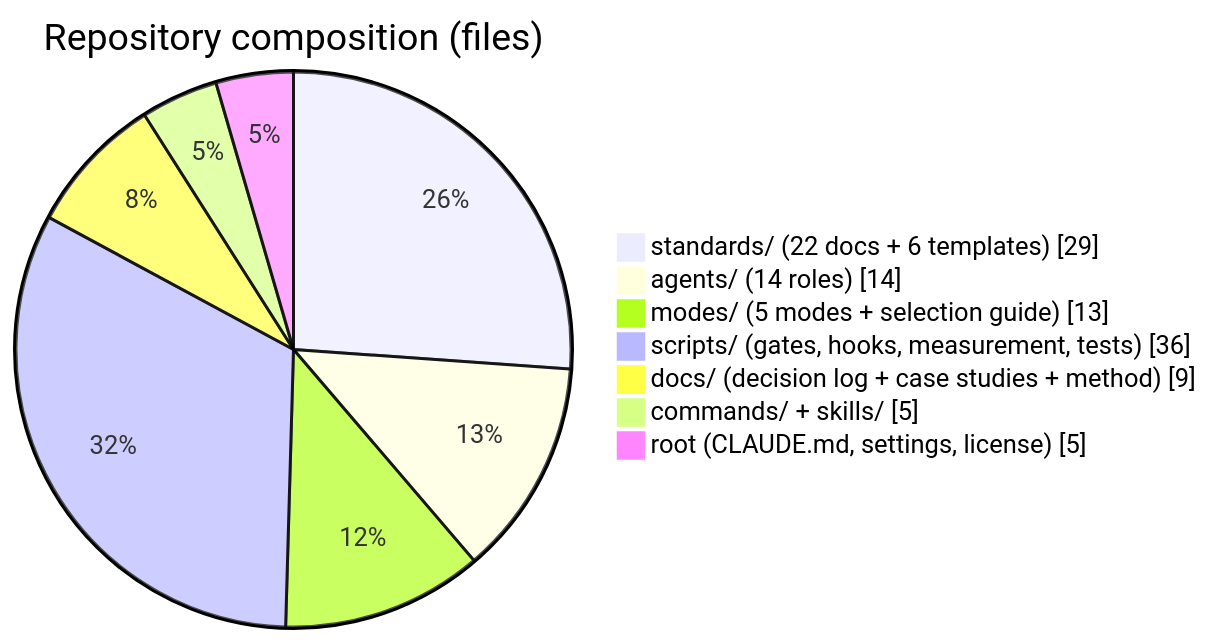
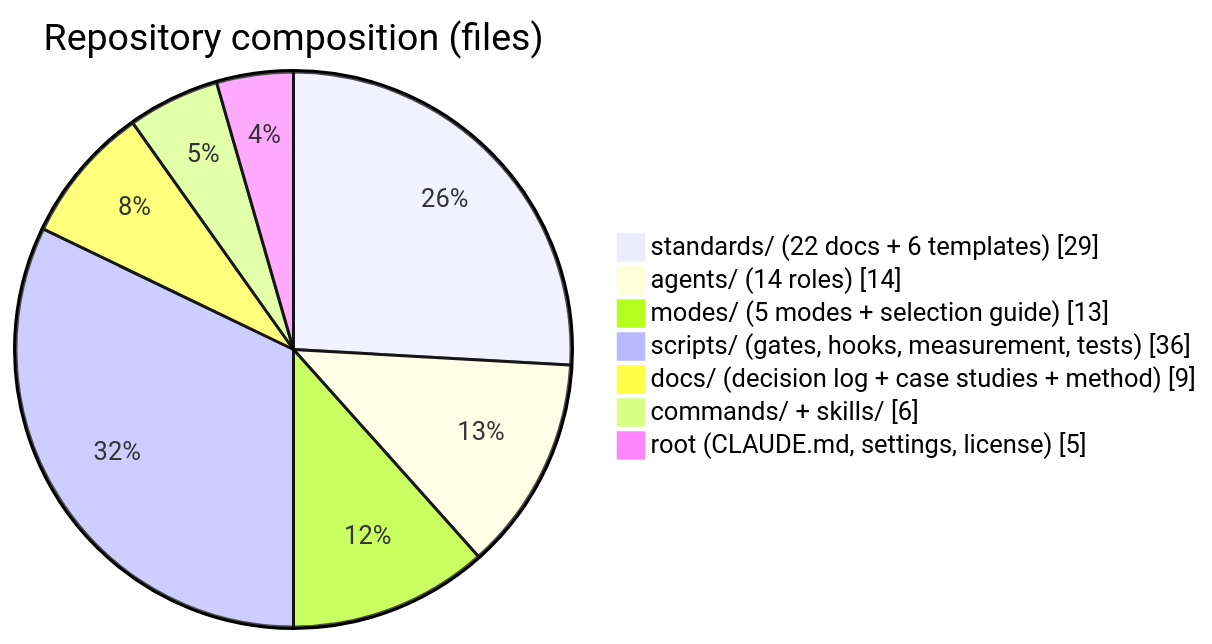
One commit to adyusuf/claude-code-standards changed the second of 4 diagrams in README.md. Above: the diagram before and after it, drawn with Mermaid. The commit also changed other lines of this file and 8 other files, not shown here.

````diff
--- a/README.md
+++ b/README.md
@@ -211,10 +211,10 @@
 ```mermaid
 pie showData title Repository composition (files)
  "standards/ (22 docs + 6 templates)" : 29
  "agents/ (14 roles)" : 14
  "modes/ (5 modes + selection guide)" : 13
  "scripts/ (gates, hooks, measurement, tests)" : 36
  "docs/ (decision log + case studies + method)" : 9
- "commands/ + skills/" : 5
+ "commands/ + skills/" : 6
  "root (CLAUDE.md, settings, license)" : 5
 ```
````
